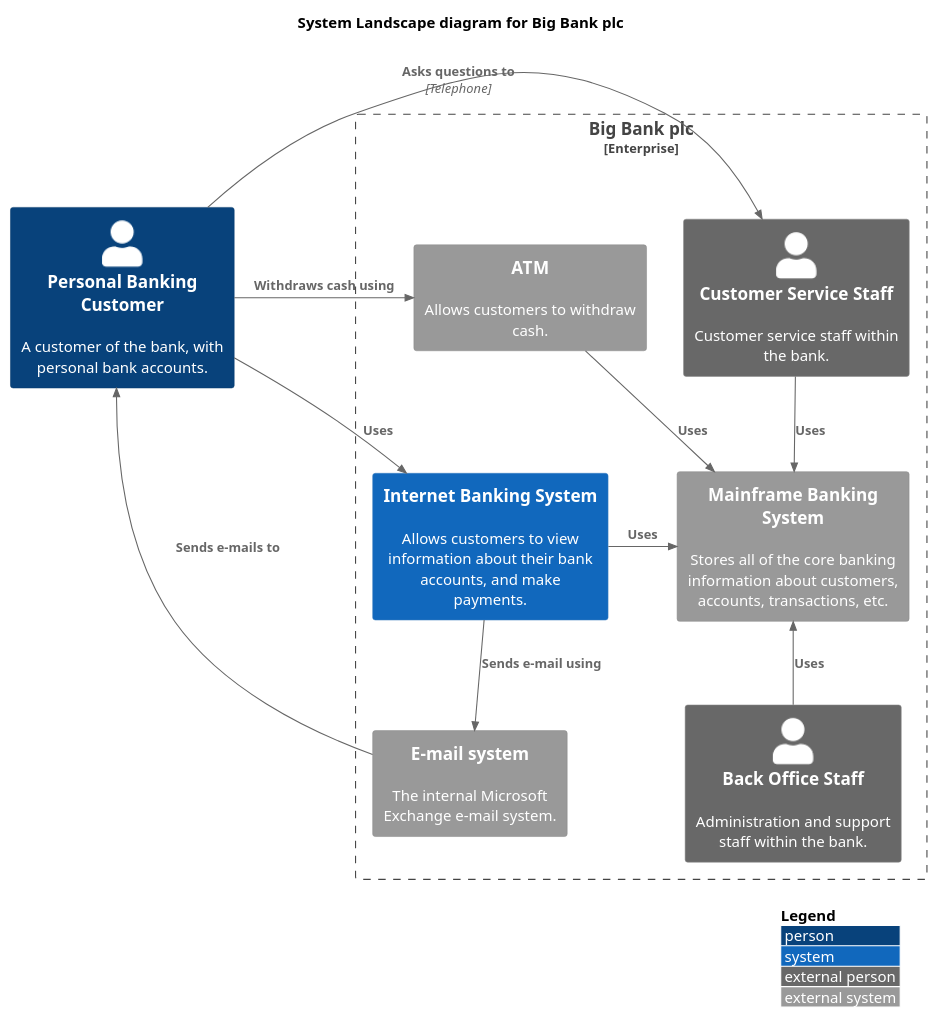
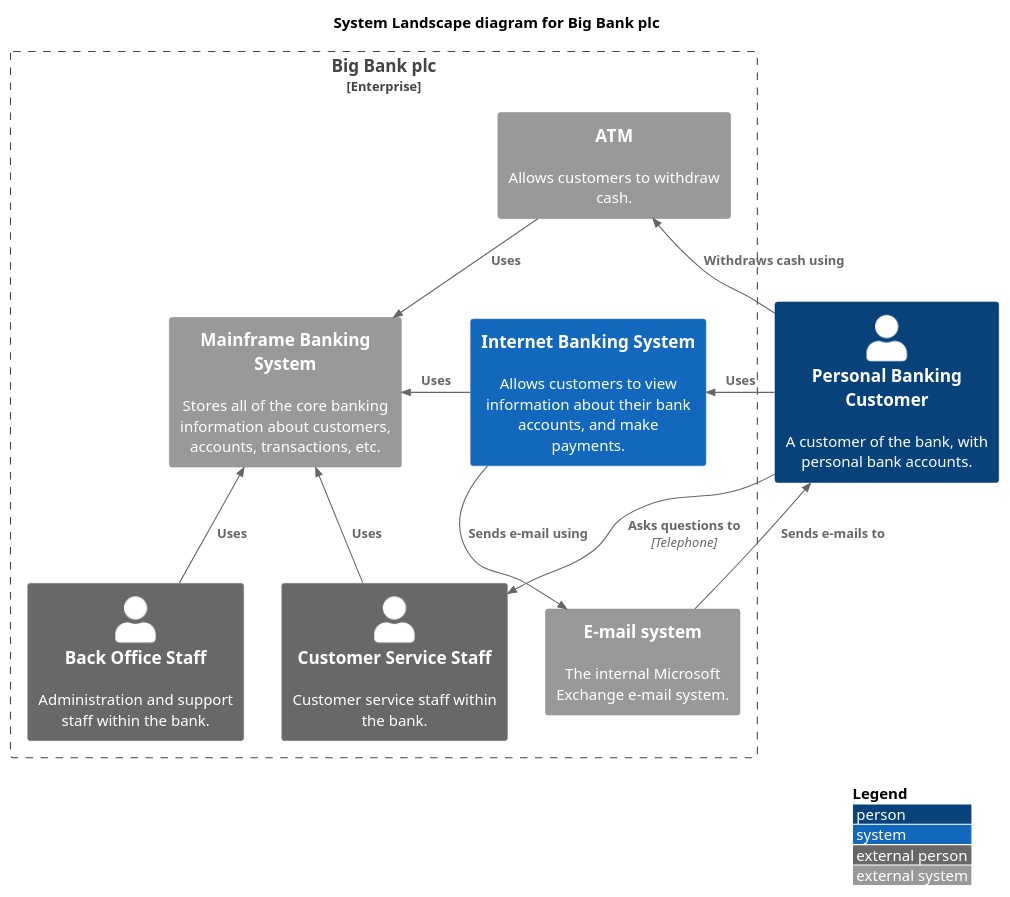
One commit to peerapongv/cdac-repo changed the diagram in docs/1000/c4/context/context_level0.md. Above: the diagram before and after it, drawn with PlantUML.

````diff
--- a/docs/1000/c4/context/context_level0.md
+++ b/docs/1000/c4/context/context_level0.md
@@ -1,44 +1,44 @@
 ```kroki-plantuml
 @startuml
 !include https://raw.githubusercontent.com/plantuml-stdlib/C4-PlantUML/master/C4_Context.puml
 ' uncomment the following line and comment the first to use locally
 ' !include C4_Context.puml
 
 'LAYOUT_TOP_DOWN()
 'LAYOUT_AS_SKETCH()
 LAYOUT_WITH_LEGEND()
 
 title System Landscape diagram for Big Bank plc
 
 Person(customer, "Personal Banking Customer", "A customer of the bank, with personal bank accounts.")
 
 Enterprise_Boundary(c0, "Big Bank plc") {
     System(banking_system, "Internet Banking System", "Allows customers to view information about their bank accounts, and make payments.")
 
     System_Ext(atm, "ATM", "Allows customers to withdraw cash.")
     System_Ext(mail_system, "E-mail system", "The internal Microsoft Exchange e-mail system.")
 
     System_Ext(mainframe, "Mainframe Banking System", "Stores all of the core banking information about customers, accounts, transactions, etc.")
 
     Person_Ext(customer_service, "Customer Service Staff", "Customer service staff within the bank.")
     Person_Ext(back_office, "Back Office Staff", "Administration and support staff within the bank.")
 }
 
 Rel_Neighbor(customer, banking_system, "Uses")
 Rel_R(customer, atm, "Withdraws cash using")
 Rel_Back(customer, mail_system, "Sends e-mails to")
 
 Rel_R(customer, customer_service, "Asks questions to", "Telephone")
 
 Rel_D(banking_system, mail_system, "Sends e-mail using")
 Rel_R(atm, mainframe, "Uses")
 Rel_R(banking_system, mainframe, "Uses")
-Rel_D(customer_service, mainframe, "Uses")
+Rel_U(customer_service, mainframe, "Uses")
 Rel_U(back_office, mainframe, "Uses")
 
 Lay_D(atm, banking_system)
 
 Lay_D(atm, customer)
 Lay_U(mail_system, customer)
 @enduml
 ```
````
